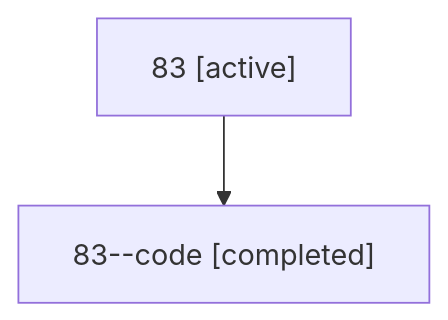
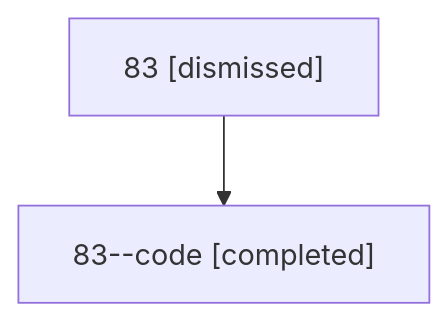
One commit to sase-org/sase--agents changed the diagram in sessions/bbugyi200.athena.83.md. Above: the diagram before and after it, drawn with Mermaid. The commit also changed other lines of this file and 31 other files, not shown here.

````diff
--- a/sessions/bbugyi200.athena.83.md
+++ b/sessions/bbugyi200.athena.83.md
@@ -9,6 +9,6 @@
 ```mermaid
 flowchart TD
-  n0["83 [active]"]
+  n0["83 [dismissed]"]
   n1["83--code [completed]"]
   n0 --> n1
 ```
````
